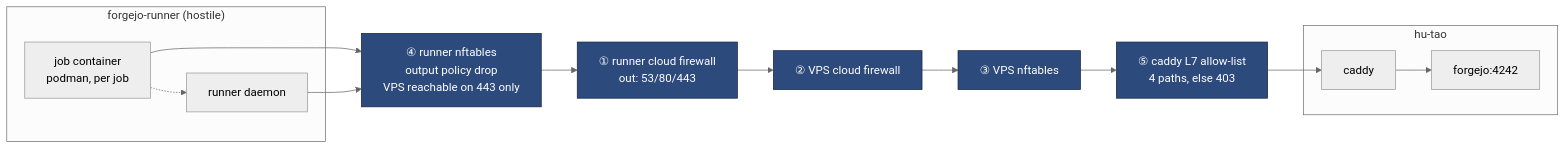
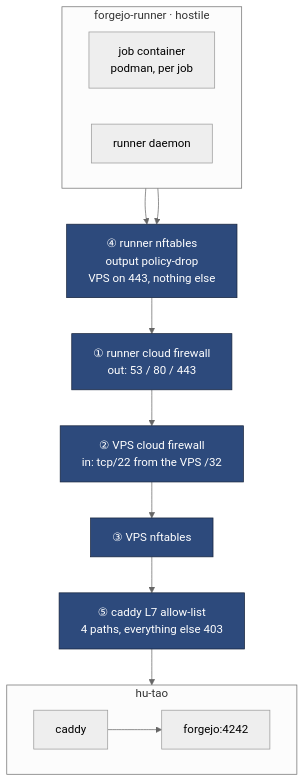
The first of 2 diagrams in docs/src/architecture/runner.md (1Git2Clone/vps), drawn with Mermaid (neutral theme) before and after one commit. The commit also changed other lines of this file and 8 other files, not shown here.

````diff
--- a/docs/src/architecture/runner.md
+++ b/docs/src/architecture/runner.md
@@ -20,25 +20,24 @@
 ```mermaid
-flowchart LR
-    subgraph R["forgejo-runner (hostile)"]
+flowchart TB
+    subgraph R["forgejo-runner · hostile"]
+        direction LR
         job["job container<br/>podman, per job"]
         rd["runner daemon"]
-        job -.-> rd
-    end
-
-    subgraph V["hu-tao"]
-        cad["caddy"]
-        fj["forgejo:4242"]
-        cad --> fj
     end
 
     job --> L4
-    rd --> L4["④ runner nftables<br/>output policy drop<br/>VPS reachable on 443 only"]
-    L4 --> L1["① runner cloud firewall<br/>out: 53/80/443"]
-    L1 --> L2["② VPS cloud firewall"]
+    rd --> L4["④ runner nftables<br/>output policy-drop<br/>VPS on 443, nothing else"]
+    L4 --> L1["① runner cloud firewall<br/>out: 53 / 80 / 443"]
+    L1 --> L2["② VPS cloud firewall<br/>in: tcp/22 from the VPS /32"]
     L2 --> L3["③ VPS nftables"]
-    L3 --> L5["⑤ caddy L7 allow-list<br/>4 paths, else 403"]
+    L3 --> L5["⑤ caddy L7 allow-list<br/>4 paths, everything else 403"]
     L5 --> cad
+
+    subgraph V["hu-tao"]
+        direction LR
+        cad["caddy"] --> fj["forgejo:4242"]
+    end
 
     classDef ctl fill:#2d4a7c,stroke:#16233c,color:#fff
     class L1,L2,L3,L4,L5 ctl
 ```
````
